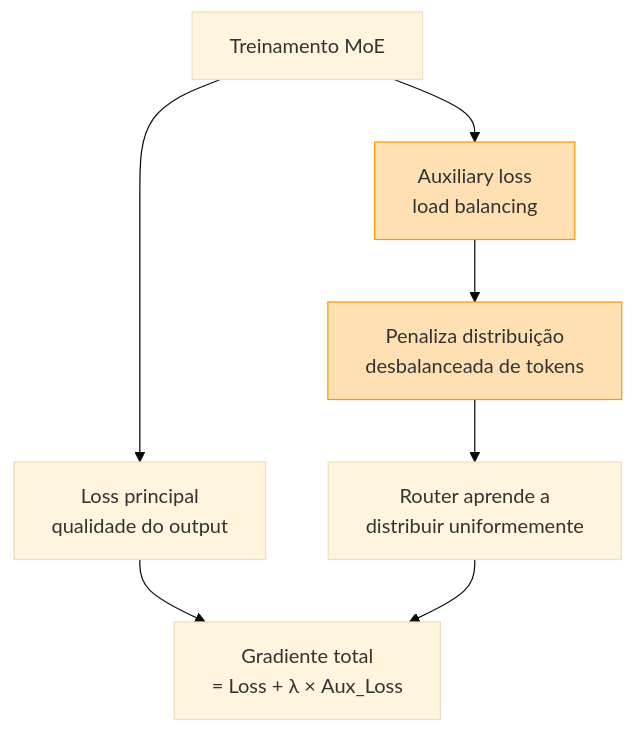
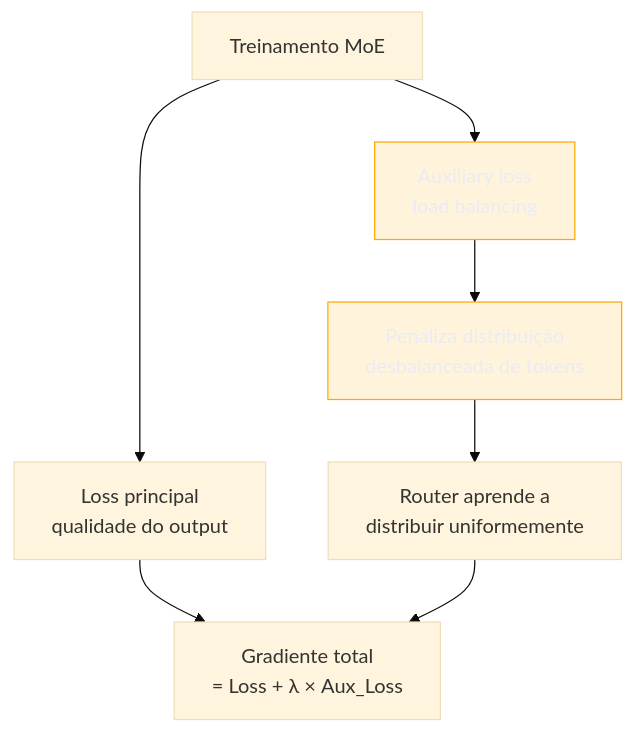
One commit to josenaldo/codex-technomanticus changed the third of 4 diagrams in 03-Dominios/Tecnologia/IA/Anatomia dos LLMs/09 - Dense vs Mixture-of-Experts.md. Above: the diagram before and after it, drawn with Mermaid (base theme). The commit also changed other lines of this file and 1181 other files, not shown here.

First line of the commit message:
fix(diagramas): paleta do sistema no lugar de cor cravada no markdown

````diff
--- a/03-Dominios/Tecnologia/IA/Anatomia dos LLMs/09 - Dense vs Mixture-of-Experts.md
+++ b/03-Dominios/Tecnologia/IA/Anatomia dos LLMs/09 - Dense vs Mixture-of-Experts.md
@@ -155,11 +158,12 @@
 ```mermaid
 graph TD
+    classDef destaque fill:#FFAA0024,stroke:#FFAA00,color:#E9ECF2
     A["Treinamento MoE"] --> B["Loss principal\nqualidade do output"]
     A --> C["Auxiliary loss\nload balancing"]
     C --> D["Penaliza distribuição\ndesbalanceada de tokens"]
     D --> E["Router aprende a\ndistribuir uniformemente"]
     B --> F["Gradiente total\n= Loss + λ × Aux_Loss"]
     E --> F
-    style C fill:#ffe0b3,stroke:#ff9800
-    style D fill:#ffe0b3,stroke:#ff9800
+    class C destaque
+    class D destaque
 ```
````
